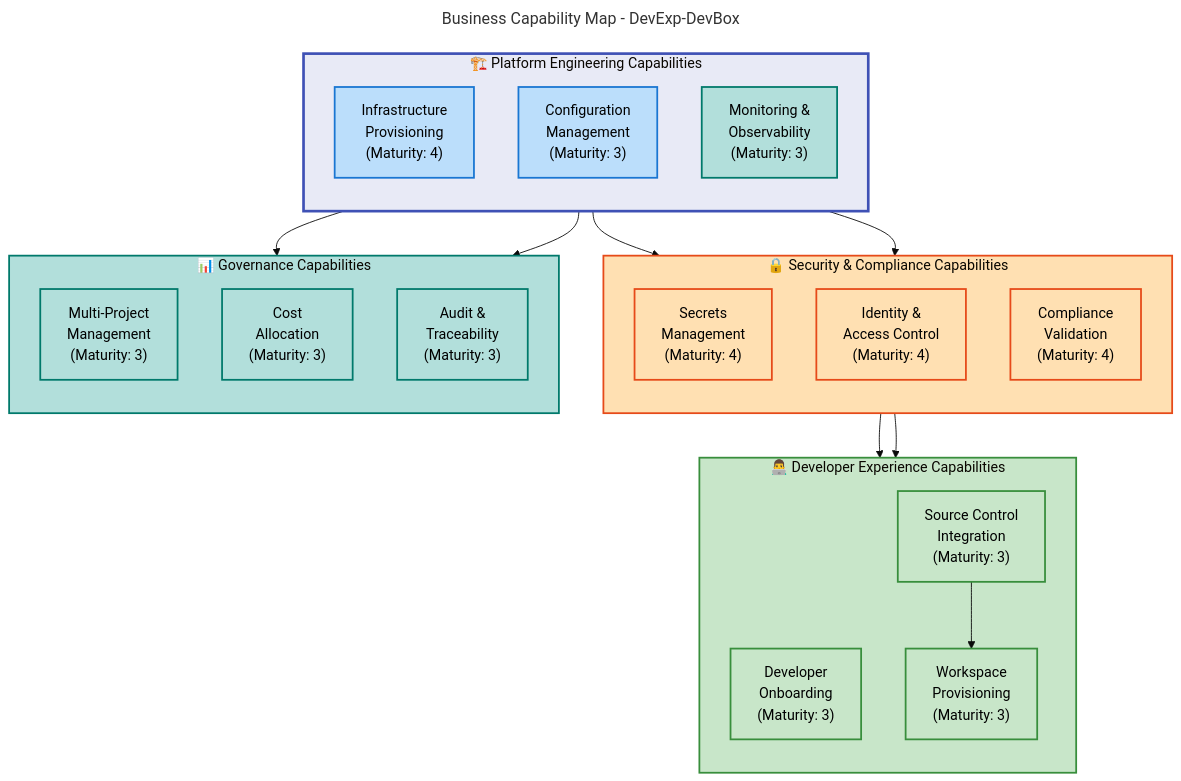
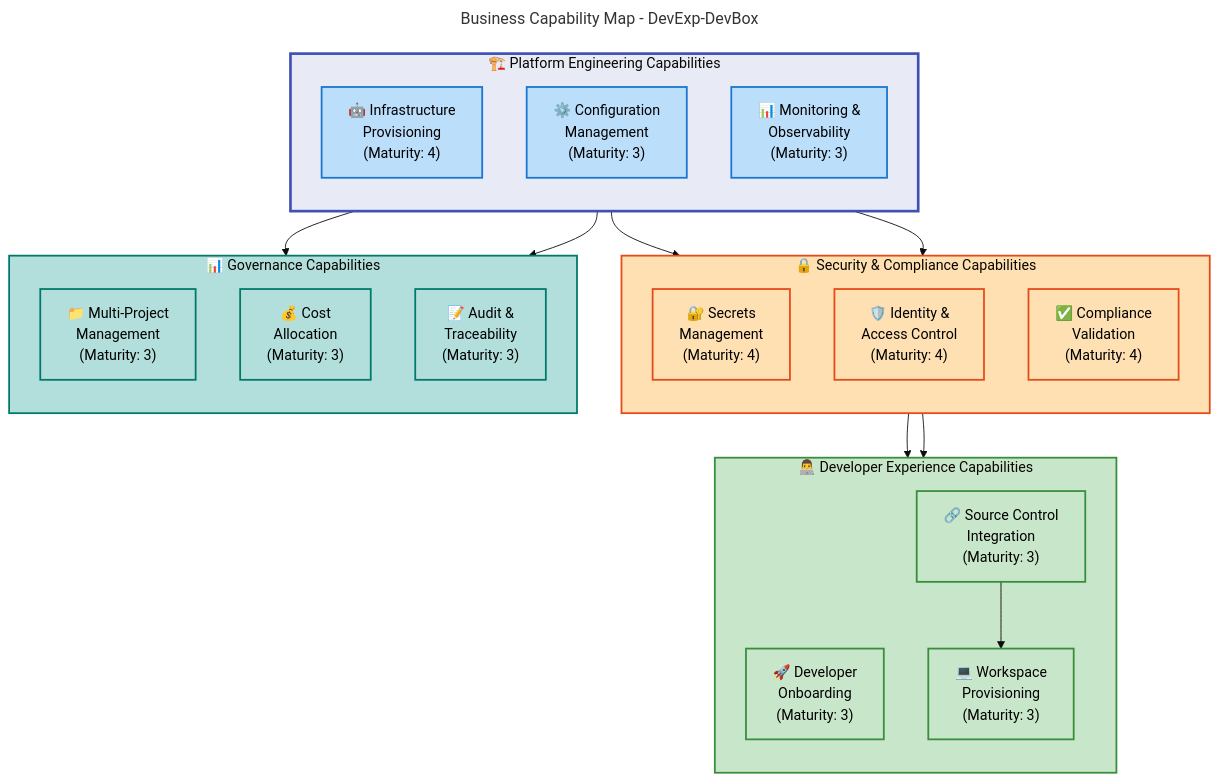
Before and after one commit to Evilazaro/DevExp-DevBox: the second of 5 diagrams in docs/Business-Architecture-BDAT.md, drawn with Mermaid. The commit also changed other lines of this file, not shown here.

Commit message:
Enhance Business Architecture Document with emoji icons for improved visual clarity in flowcharts and capabilities sections

````diff
--- a/docs/Business-Architecture-BDAT.md
+++ b/docs/Business-Architecture-BDAT.md
@@ -302,61 +302,61 @@
 ```mermaid
 ---
 title: Business Capability Map - DevExp-DevBox
 config:
   theme: base
   flowchart:
     htmlLabels: false
 ---
 flowchart TB
     accTitle: Business Capability Map showing hierarchical capabilities
     accDescr: Structured view of core business capabilities organized by functional domain
 
     %% Color scheme
     classDef level1Group fill:#E8EAF6,stroke:#3F51B5,stroke-width:3px,color:#000
     classDef level2Group fill:#C5CAE9,stroke:#3F51B5,stroke-width:2px,color:#000
     classDef mdBlue fill:#BBDEFB,stroke:#1976D2,stroke-width:2px,color:#000
     classDef mdGreen fill:#C8E6C9,stroke:#388E3C,stroke-width:2px,color:#000
     classDef mdOrange fill:#FFE0B2,stroke:#E64A19,stroke-width:2px,color:#000
     classDef mdTeal fill:#B2DFDB,stroke:#00796B,stroke-width:2px,color:#000
 
     subgraph platform["🏗️ Platform Engineering Capabilities"]
         direction TB
-        infra["Infrastructure<br/>Provisioning<br/>(Maturity: 4)"]:::mdBlue
-        config["Configuration<br/>Management<br/>(Maturity: 3)"]:::mdBlue
-        monitor["Monitoring &<br/>Observability<br/>(Maturity: 3)"]:::mdTeal
+        infra["🤖 Infrastructure<br/>Provisioning<br/>(Maturity: 4)"]:::mdBlue
+        config["⚙️ Configuration<br/>Management<br/>(Maturity: 3)"]:::mdBlue
+        monitor["📊 Monitoring &<br/>Observability<br/>(Maturity: 3)"]:::mdBlue
     end
 
     subgraph security["🔒 Security & Compliance Capabilities"]
         direction TB
-        secrets["Secrets<br/>Management<br/>(Maturity: 4)"]:::mdOrange
-        rbac["Identity &<br/>Access Control<br/>(Maturity: 4)"]:::mdOrange
-        compliance["Compliance<br/>Validation<br/>(Maturity: 4)"]:::mdOrange
+        secrets["🔐 Secrets<br/>Management<br/>(Maturity: 4)"]:::mdOrange
+        rbac["🛡️ Identity &<br/>Access Control<br/>(Maturity: 4)"]:::mdOrange
+        compliance["✅ Compliance<br/>Validation<br/>(Maturity: 4)"]:::mdOrange
     end
 
     subgraph developer["👨‍💻 Developer Experience Capabilities"]
         direction TB
-        onboard["Developer<br/>Onboarding<br/>(Maturity: 3)"]:::mdGreen
-        source["Source Control<br/>Integration<br/>(Maturity: 3)"]:::mdGreen
-        workspace["Workspace<br/>Provisioning<br/>(Maturity: 3)"]:::mdGreen
+        onboard["🚀 Developer<br/>Onboarding<br/>(Maturity: 3)"]:::mdGreen
+        source["🔗 Source Control<br/>Integration<br/>(Maturity: 3)"]:::mdGreen
+        workspace["💻 Workspace<br/>Provisioning<br/>(Maturity: 3)"]:::mdGreen
     end
 
     subgraph governance["📊 Governance Capabilities"]
         direction TB
-        multi["Multi-Project<br/>Management<br/>(Maturity: 3)"]:::mdTeal
-        cost["Cost<br/>Allocation<br/>(Maturity: 3)"]:::mdTeal
-        audit["Audit &<br/>Traceability<br/>(Maturity: 3)"]:::mdTeal
+        multi["📁 Multi-Project<br/>Management<br/>(Maturity: 3)"]:::mdTeal
+        cost["💰 Cost<br/>Allocation<br/>(Maturity: 3)"]:::mdTeal
+        audit["📝 Audit &<br/>Traceability<br/>(Maturity: 3)"]:::mdTeal
     end
 
     infra --> secrets
     infra --> rbac
     config --> multi
     secrets --> onboard
     rbac --> workspace
     monitor --> audit
     source --> workspace
 
     style platform fill:#E8EAF6,stroke:#3F51B5,stroke-width:3px
     style security fill:#FFE0B2,stroke:#E64A19,stroke-width:2px
     style developer fill:#C8E6C9,stroke:#388E3C,stroke-width:2px
     style governance fill:#B2DFDB,stroke:#00796B,stroke-width:2px
 ```
````
